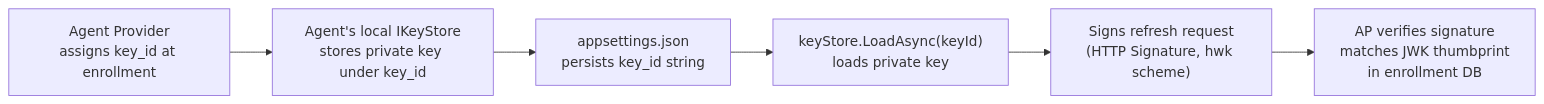
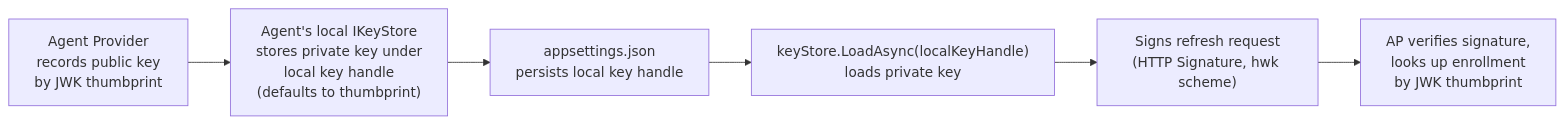
Before and after one commit to aauth-dev/dotnet-samples: the fourth of 5 diagrams in docs/workflows/bootstrap-enrollment.md, drawn with Mermaid. The commit also changed other lines of this file and 10 other files, not shown here.

Commit message:
Update docs to use LocalKeyHandle and clarify AP/agent key separation

````diff
--- a/docs/workflows/bootstrap-enrollment.md
+++ b/docs/workflows/bootstrap-enrollment.md
@@ -192,8 +205,8 @@
 ```mermaid
 flowchart LR
-    AP["Agent Provider<br/>assigns key_id at enrollment"] --> Store["Agent's local IKeyStore<br/>stores private key under key_id"]
-    Store --> Config["appsettings.json<br/>persists key_id string"]
-    Config --> Load["keyStore.LoadAsync(keyId)<br/>loads private key"]
+    AP["Agent Provider<br/>records public key<br/>by JWK thumbprint"] --> Store["Agent's local IKeyStore<br/>stores private key under<br/>local key handle<br/>(defaults to thumbprint)"]
+    Store --> Config["appsettings.json<br/>persists local key handle"]
+    Config --> Load["keyStore.LoadAsync(localKeyHandle)<br/>loads private key"]
     Load --> Sign["Signs refresh request<br/>(HTTP Signature, hwk scheme)"]
-    Sign --> APVerify["AP verifies signature<br/>matches JWK thumbprint<br/>in enrollment DB"]
+    Sign --> APVerify["AP verifies signature,<br/>looks up enrollment<br/>by JWK thumbprint"]
 ```
````
